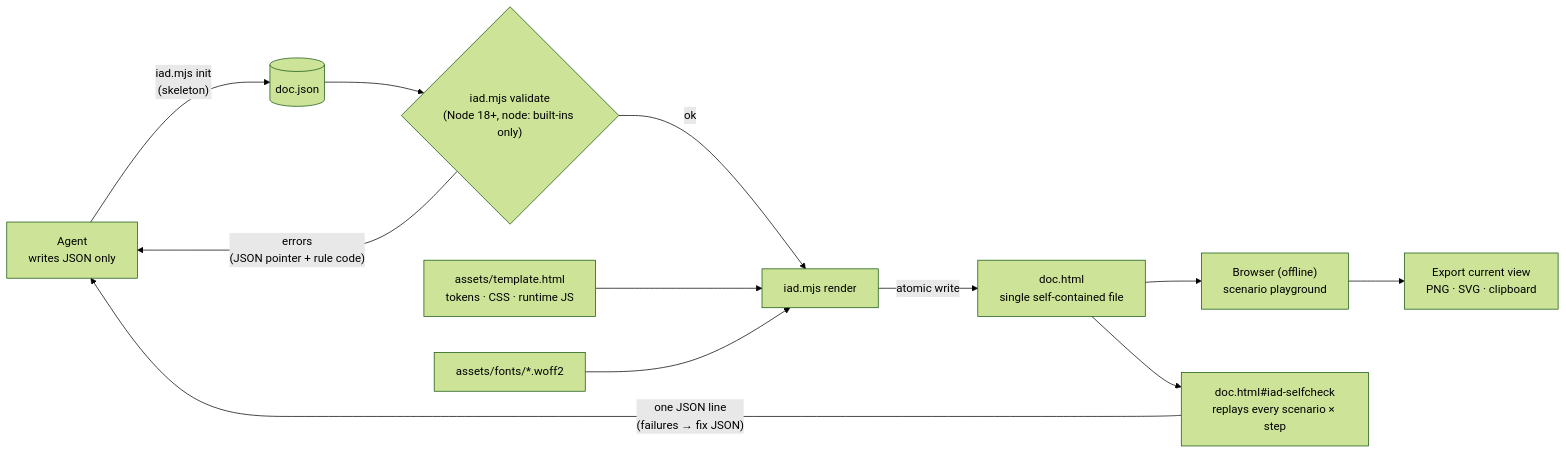
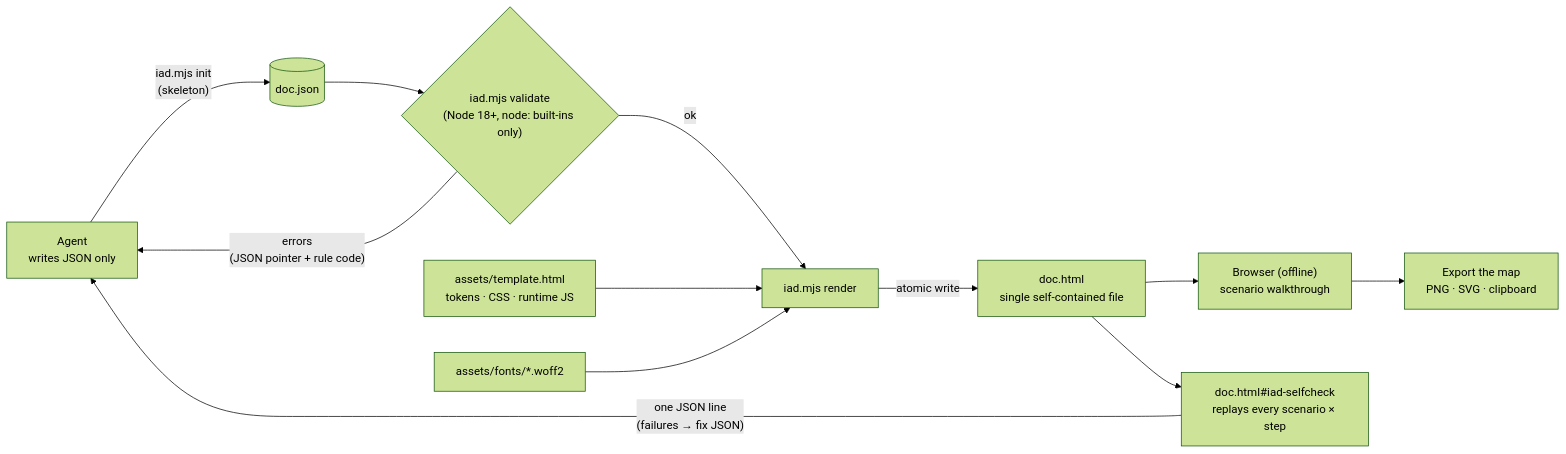
The diagram in README.md (sunjae98/interactive-architecture-doc), drawn with Mermaid (forest theme) before and after one commit. The commit also changed other lines of this file and 4 other files, not shown here.

````diff
--- a/README.md
+++ b/README.md
@@ -41,14 +41,14 @@
 ```mermaid
 flowchart LR
     A["Agent<br/>writes JSON only"] -- "iad.mjs init<br/>(skeleton)" --> J[("doc.json")]
     J --> V{"iad.mjs validate<br/>(Node 18+, node: built-ins only)"}
     V -- "errors<br/>(JSON pointer + rule code)" --> A
     V -- "ok" --> R["iad.mjs render"]
     T["assets/template.html<br/>tokens · CSS · runtime JS"] --> R
     F["assets/fonts/*.woff2"] --> R
     R -- "atomic write" --> H["doc.html<br/>single self-contained file"]
-    H --> B["Browser (offline)<br/>scenario playground"]
-    B --> E["Export current view<br/>PNG · SVG · clipboard"]
+    H --> B["Browser (offline)<br/>scenario walkthrough"]
+    B --> E["Export the map<br/>PNG · SVG · clipboard"]
     H --> S["doc.html#iad-selfcheck<br/>replays every scenario × step"]
     S -- "one JSON line<br/>(failures → fix JSON)" --> A
 ```
````
